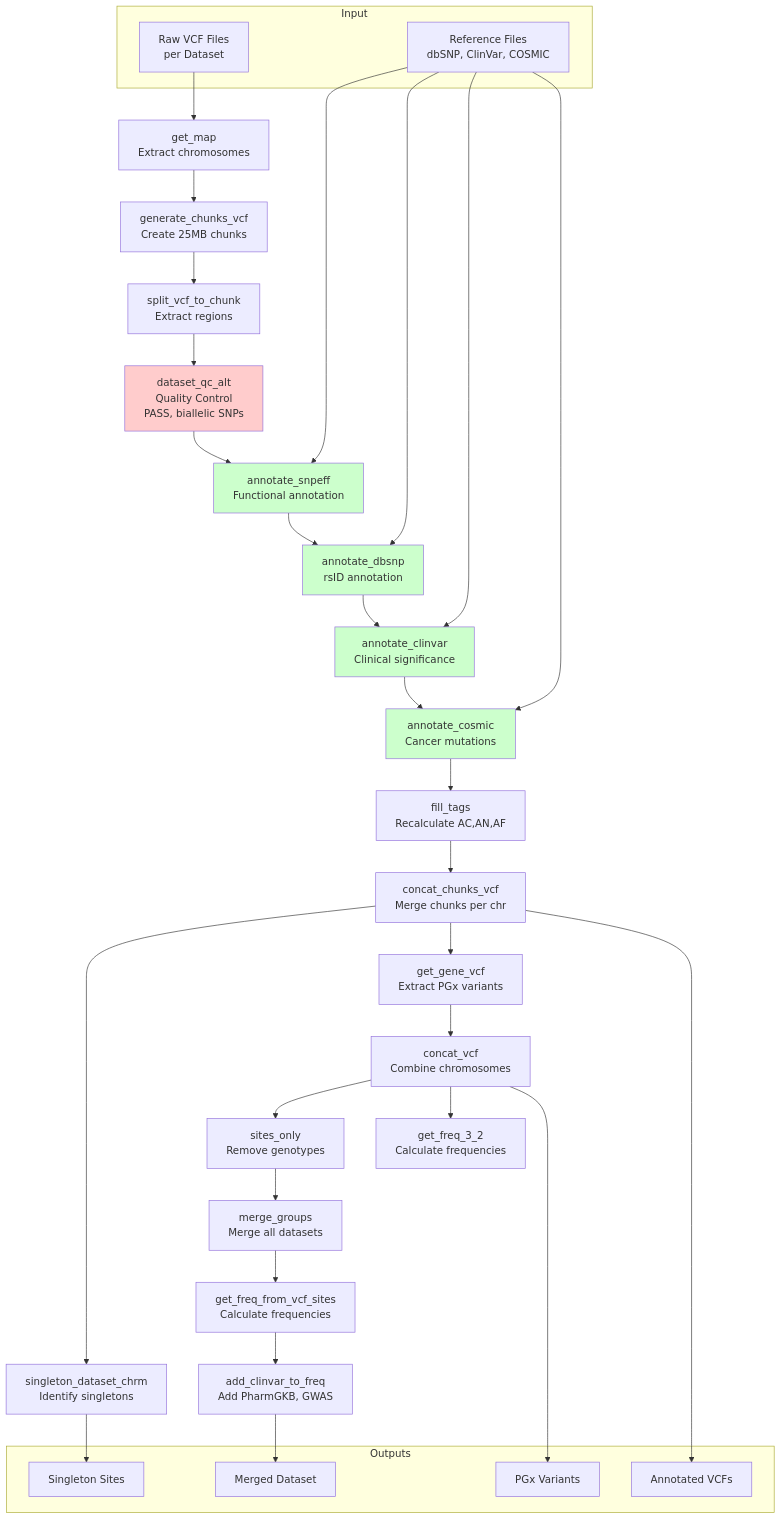
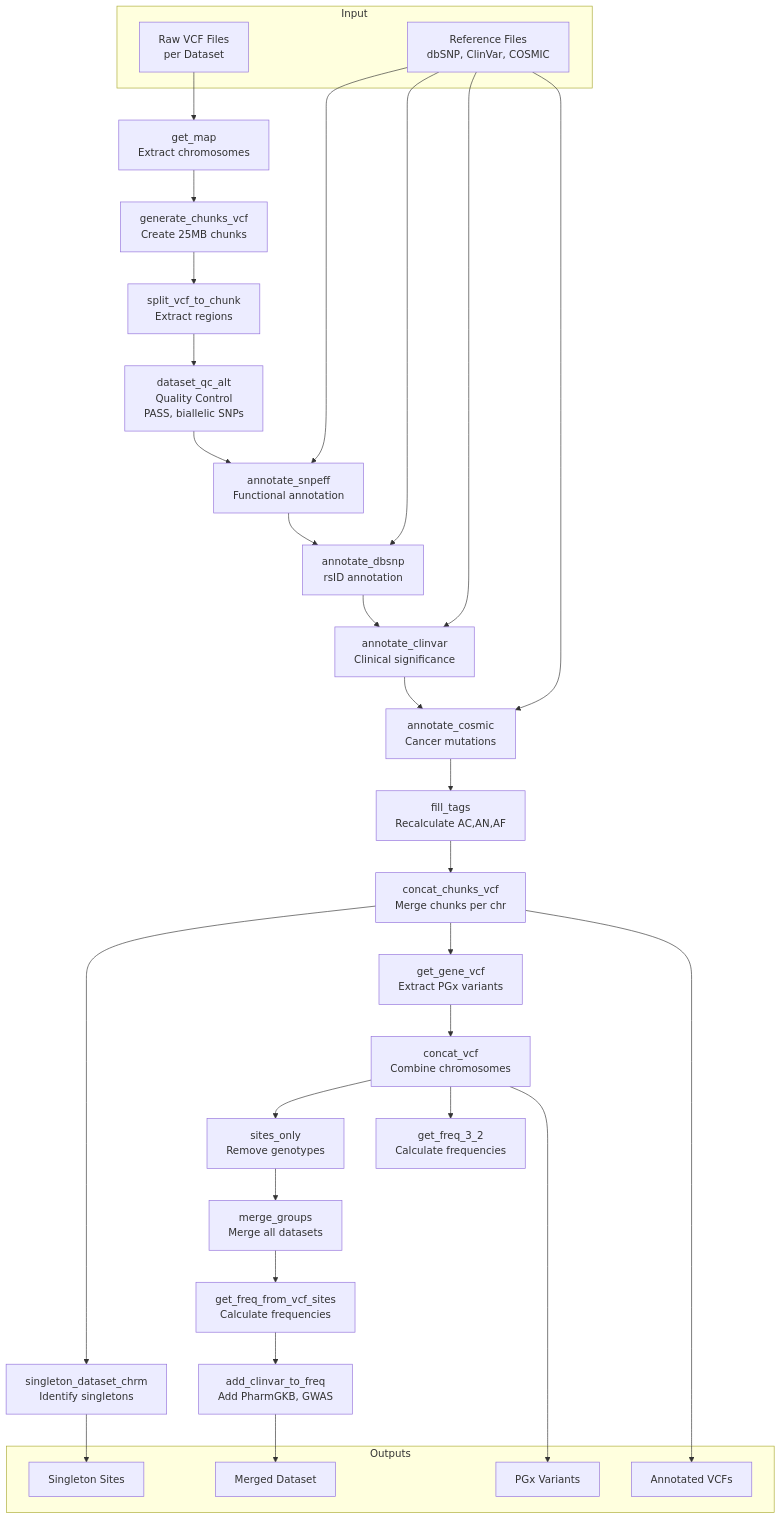
The second of 8 diagrams in docs/WORKFLOW_GRAPH.md (mamanambiya/exome_aibst_b38), drawn with Mermaid before and after one commit. The commit also changed other lines of this file, not shown here.

First line of the commit message:
docs: remove low-contrast fill colours from workflow graph

````diff
--- a/docs/WORKFLOW_GRAPH.md
+++ b/docs/WORKFLOW_GRAPH.md
@@ -26,58 +20,53 @@
 ```mermaid
 graph TB
     subgraph "Input"
         VCF[Raw VCF Files<br/>per Dataset]
         REF[Reference Files<br/>dbSNP, ClinVar, COSMIC]
     end
     
     VCF --> GetMap[get_map<br/>Extract chromosomes]
     GetMap --> GenChunks[generate_chunks_vcf<br/>Create 25MB chunks]
     GenChunks --> SplitChunk[split_vcf_to_chunk<br/>Extract regions]
     
     SplitChunk --> QC[dataset_qc_alt<br/>Quality Control<br/>PASS, biallelic SNPs]
     
     QC --> SnpEff[annotate_snpeff<br/>Functional annotation]
     REF --> SnpEff
     
     SnpEff --> DbSNP[annotate_dbsnp<br/>rsID annotation]
     REF --> DbSNP
     
     DbSNP --> ClinVar[annotate_clinvar<br/>Clinical significance]
     REF --> ClinVar
     
     ClinVar --> COSMIC[annotate_cosmic<br/>Cancer mutations]
     REF --> COSMIC
     
     COSMIC --> FillTags[fill_tags<br/>Recalculate AC,AN,AF]
     
     FillTags --> Concat[concat_chunks_vcf<br/>Merge chunks per chr]
     
     Concat --> Singleton[singleton_dataset_chrm<br/>Identify singletons]
     Concat --> ExtractPGx[get_gene_vcf<br/>Extract PGx variants]
     
     ExtractPGx --> ConcatPGx[concat_vcf<br/>Combine chromosomes]
     ConcatPGx --> SitesOnly[sites_only<br/>Remove genotypes]
     ConcatPGx --> GetFreq[get_freq_3_2<br/>Calculate frequencies]
     
     SitesOnly --> MergeDS[merge_groups<br/>Merge all datasets]
     MergeDS --> FreqAll[get_freq_from_vcf_sites<br/>Calculate frequencies]
     FreqAll --> AnnotCV[add_clinvar_to_freq<br/>Add PharmGKB, GWAS]
     
     subgraph "Outputs"
         OUT1[Annotated VCFs]
         OUT2[PGx Variants]
         OUT3[Singleton Sites]
         OUT4[Merged Dataset]
     end
     
     Concat --> OUT1
     ConcatPGx --> OUT2
     Singleton --> OUT3
     AnnotCV --> OUT4
     
-    style QC fill:#ffcccc
-    style SnpEff fill:#ccffcc
-    style DbSNP fill:#ccffcc
-    style ClinVar fill:#ccffcc
-    style COSMIC fill:#ccffcc
 ```
````
